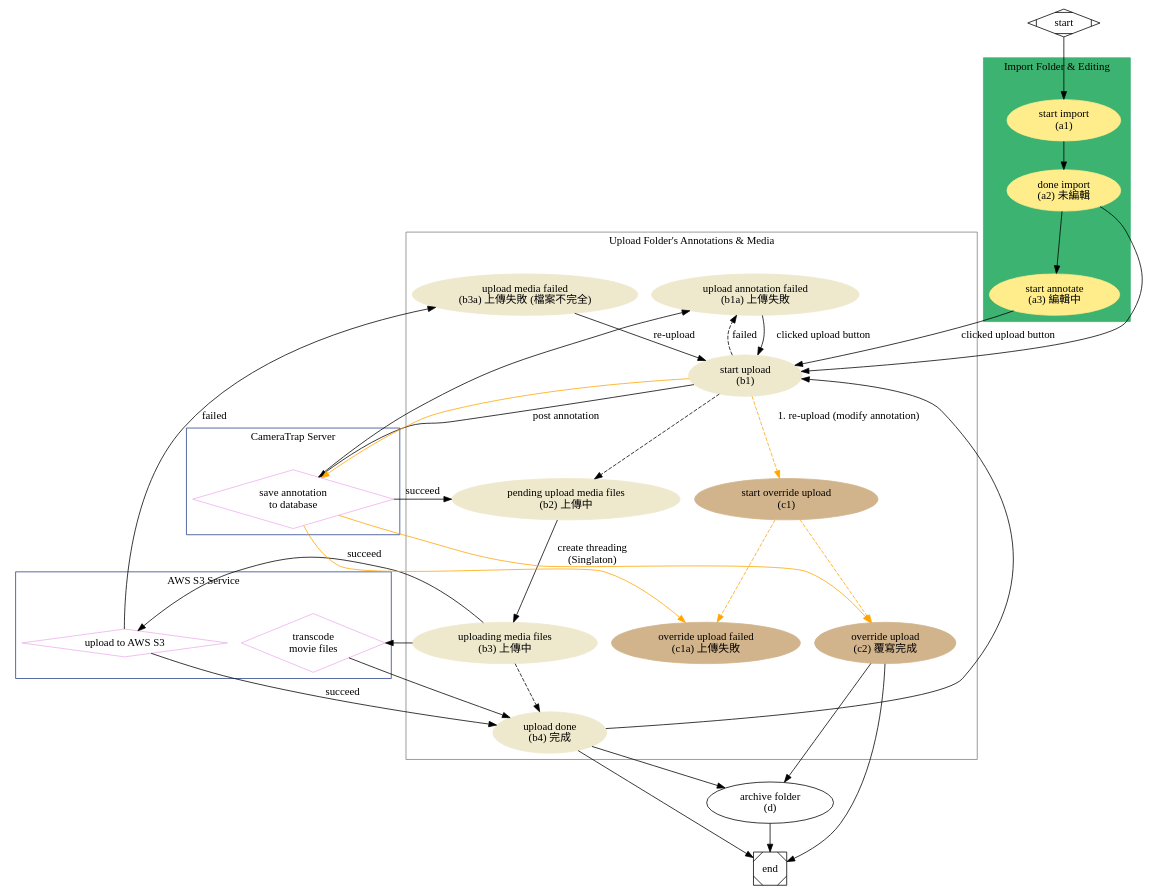
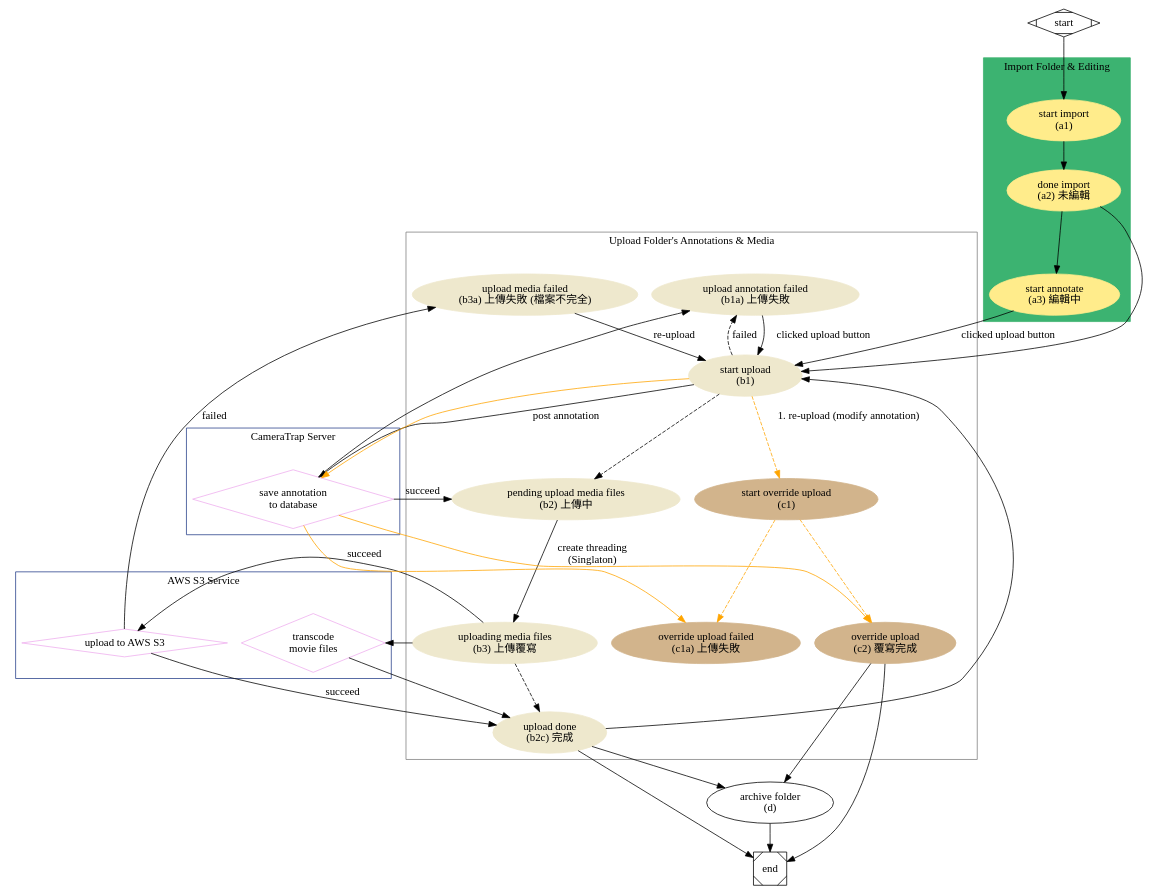
One commit to moogoo78/camera-trap-tk changed the diagram in docs/upload-status-flow.dot. Above: the diagram before and after it, drawn with Graphviz.

Commit message:
fix: update upload status flow dot

```diff
--- a/docs/upload-status-flow.dot
+++ b/docs/upload-status-flow.dot
@@ -1,93 +1,93 @@
 digraph G {
   subgraph cluster_0 {
     style=filled;
     color=mediumseagreen;
     node [style=filled,color=lightgoldenrod1];
     label = "Import Folder & Editing";
     a1 -> a2 -> a3;
   }
 
   subgraph cluster_1 {
     color=gray;
     node [style=filled, color=cornsilk2];
     label = "Upload Folder's Annotations & Media";
 
     b1a -> b1 [label="clicked upload button"];
     b1-> b2 [style=dashed];
     b2 -> b3 [label="create threading\n(Singlaton)"];
-    b3 -> b4 [style=dashed];
-    b4 -> b1;
+    b3 -> b2c [style=dashed];
+    b2c -> b1;
     b1 -> c1 [color=orange, label="1. re-upload (modify annotation)", style=dashed];
     c1 -> c2 [color=orange, style=dashed];
     c1 -> c1a [color=orange, style=dashed];
     b3a -> b1 [label="re-upload"];
 
   }
   subgraph cluster_2 {
     color=royalblue4;
     label = "CameraTrap Server";
     serv_anno;
   }
   subgraph cluster_3 {
     color=royalblue4;
     label = "AWS S3 Service";
     serv_s3;
     serv_media;
   }
 
   start -> a1;
   a3 -> b1 [label="clicked upload button"];
   a2 -> b1;
   b1 -> serv_anno [label="post annotation"];
   serv_anno -> b1a;
   b1 -> b1a [style=dashed, label="failed"];
   serv_anno -> b2 [label="succeed"];
-  b3 -> serv_s3 -> b4 [label="succeed"];
+  b3 -> serv_s3 -> b2c [label="succeed"];
   serv_s3 -> b3a [label="failed"];
   serv_anno -> c1a [color=orange];
   b1 -> serv_anno [color=orange];
-  b3 -> serv_media -> b4;
+  b3 -> serv_media -> b2c;
   serv_anno -> c2 [color=orange];
   c2 -> end;
-  b4 -> end;
-  b4 -> d -> end;
+  b2c -> end;
+  b2c -> d -> end;
   c2 -> d;
   /*
   b1 -> serv_anno -> b2 -> b1 [color=orange, style=dashed, label="2. re-upload annotation"];
   b3c -> end;
 
   a2 -> b1;
   b3b -> serv_s3 -> b3b;
   serv_s3 -> b5;
-  b4 -> end;
-  b4 -> c;
-  b4 -> a3;
+  b2c -> end;
+  b2c -> c;
+  b2c -> a3;
   a3 -> b1 [label="1. re-upload (modify annotation)", color=orange];
   b5 -> end;
-  b4 -> a3 [label="update annotation, upload last failed files"];
+  b2c -> a3 [label="update annotation, upload last failed files"];
   b5 -> c -> end;
 
   serv_anno -> b5 [color=orange, style=dashed];
   */
   serv_anno [shape=diamond, color=plum2, label="save annotation\nto database"];
   serv_s3 [shape=diamond, color=plum2, label="upload to AWS S3"];
   serv_media [shape=diamond, color=plum2, label="transcode\nmovie files"];
 
   d [label="archive folder\n(d)"];
   c2 [label="override upload\n(c2) 覆寫完成", color=tan, style=filled];
   c1a [label="override upload failed\n(c1a) 上傳失敗", color=tan, style=filled];
   c1 [label="start override upload\n(c1)", color=tan, style=filled];
 
-  b4 [label="upload done\n(b4) 完成"];
+  b2c [label="upload done\n(b2c) 完成"];
   b3a [label="upload media failed\n (b3a) 上傳失敗 (檔案不完全)"];
-  b3 [label="uploading media files\n(b3) 上傳中"];
+  b3 [label="uploading media files\n(b3) 上傳覆寫"];
   b2 [label="pending upload media files\n(b2) 上傳中"];
   b1a [label="upload annotation failed\n(b1a) 上傳失敗"];
   b1 [label="start upload\n(b1)"];
 
   a3 [label="start annotate\n(a3) 編輯中"];
   a2 [label="done import\n(a2) 未編輯"];
   a1 [label="start import\n(a1)"];
   start [shape=Mdiamond];
   end [shape=Msquare];
 }
```
